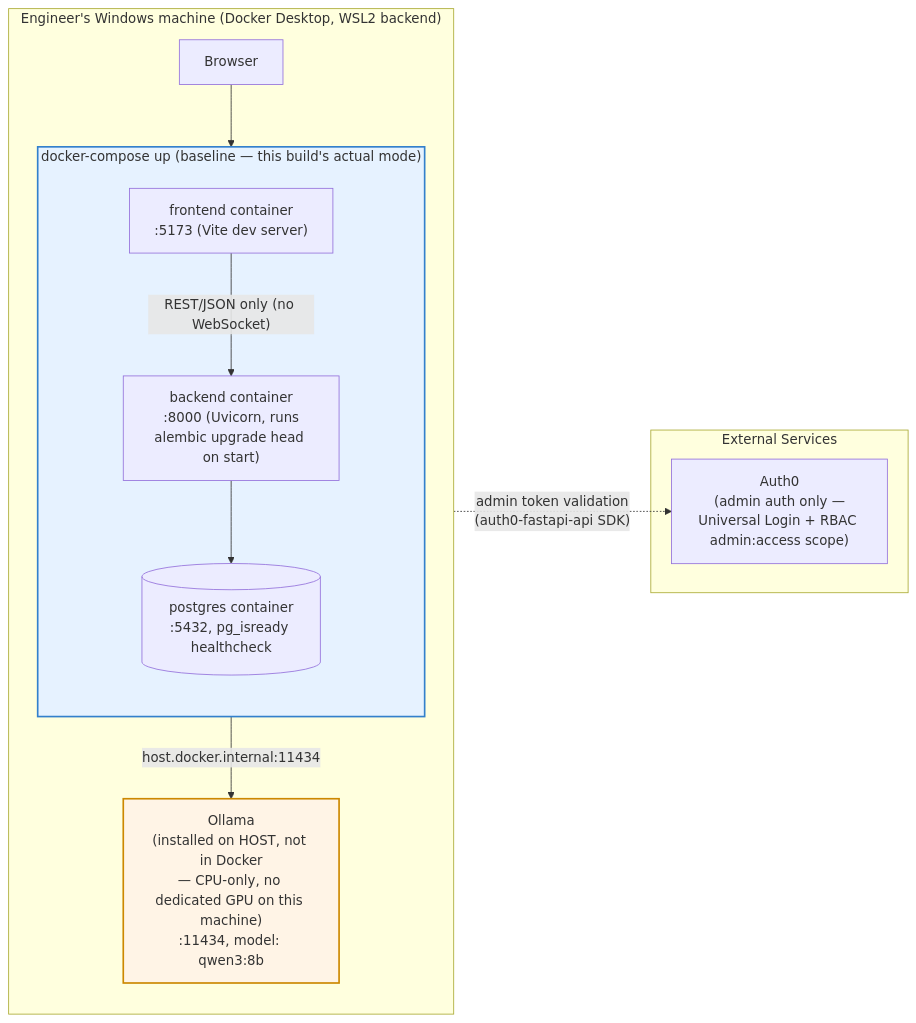
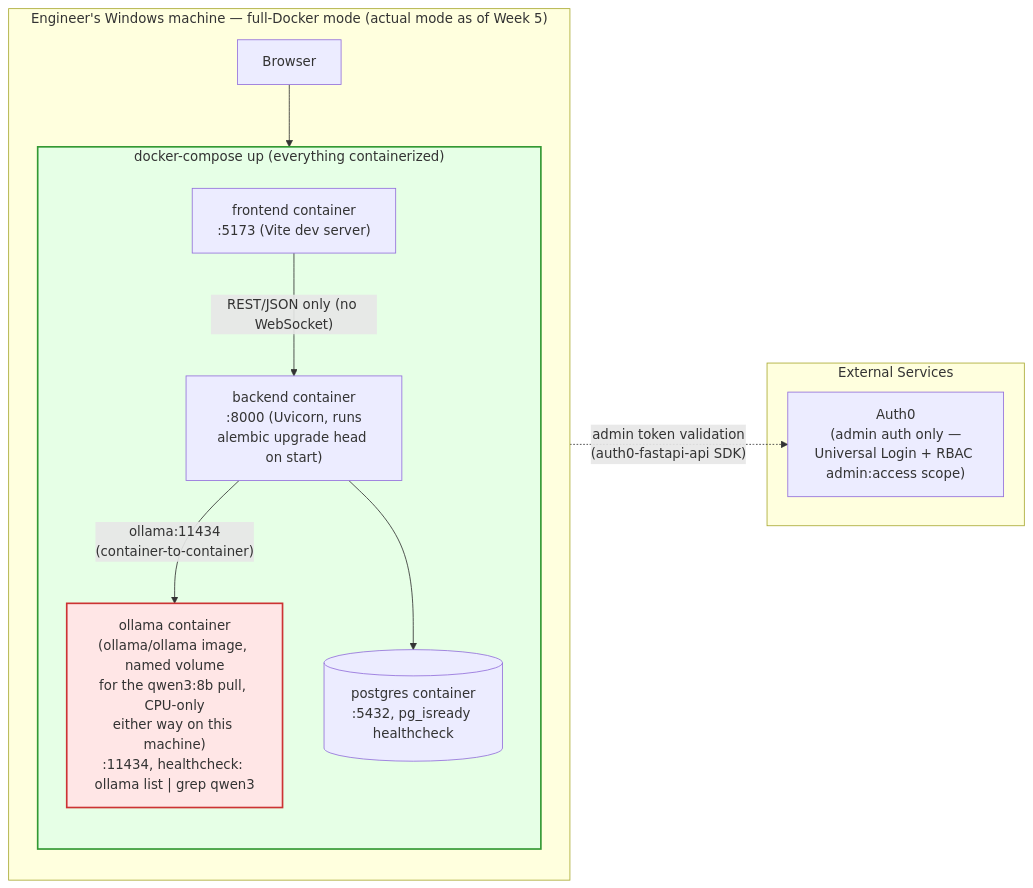
One commit to ZemaKing/secure-ship-ai changed the first of 2 diagrams in docs/diagrams/6.5-deployment-topology.md. Above: the diagram before and after it, drawn with Mermaid. The commit also changed 8 other files, not shown here.

First line of the commit message:
Containerize Ollama as a Compose service, close out Week 5 stretch goals

````diff
--- a/docs/diagrams/6.5-deployment-topology.md
+++ b/docs/diagrams/6.5-deployment-topology.md
@@ -5,29 +5,27 @@
 ```mermaid
 flowchart LR
-    subgraph DevMachine["Engineer's Windows machine (Docker Desktop, WSL2 backend)"]
+    subgraph DevMachine["Engineer's Windows machine — full-Docker mode (actual mode as of Week 5)"]
         direction TB
-
-        subgraph Compose["docker-compose up (baseline — this build's actual mode)"]
+        subgraph Compose["docker-compose up (everything containerized)"]
             direction TB
-            ReactC["frontend container<br/>:5173 (Vite dev server)"]
-            PyC["backend container<br/>:8000 (Uvicorn, runs<br/>alembic upgrade head on start)"]
-            PgC[("postgres container<br/>:5432, pg_isready healthcheck")]
+            ReactC2["frontend container<br/>:5173 (Vite dev server)"]
+            PyC2["backend container<br/>:8000 (Uvicorn, runs<br/>alembic upgrade head on start)"]
+            PgC2[("postgres container<br/>:5432, pg_isready healthcheck")]
+            OllamaC["ollama container<br/>(ollama/ollama image, named volume<br/>for the qwen3:8b pull, CPU-only<br/>either way on this machine)<br/>:11434, healthcheck: ollama list | grep qwen3"]
         end
-
-        Browser[Browser]
-        OllamaHost["Ollama<br/>(installed on HOST, not in Docker<br/>— CPU-only, no dedicated GPU on this machine)<br/>:11434, model: qwen3:8b"]
+        Browser2[Browser]
     end
 
     subgraph Cloud["External Services"]
         AuthProvider["Auth0<br/>(admin auth only —<br/>Universal Login + RBAC admin:access scope)"]
     end
 
-    Browser --> ReactC
-    ReactC -->|"REST/JSON only (no WebSocket)"| PyC
-    PyC -->|"host.docker.internal:11434"| OllamaHost
-    PyC --> PgC
-    PyC -.->|"admin token validation<br/>(auth0-fastapi-api SDK)"| AuthProvider
+    Browser2 --> ReactC2
+    ReactC2 -->|"REST/JSON only (no WebSocket)"| PyC2
+    PyC2 -->|"ollama:11434<br/>(container-to-container)"| OllamaC
+    PyC2 --> PgC2
+    PyC2 -.->|"admin token validation<br/>(auth0-fastapi-api SDK)"| AuthProvider
 
-    style Compose fill:#e6f2ff,stroke:#3380cc,stroke-width:2px
-    style OllamaHost fill:#fff4e6,stroke:#cc8800,stroke-width:2px
+    style Compose fill:#e6ffe6,stroke:#339933,stroke-width:2px
+    style OllamaC fill:#ffe6e6,stroke:#cc3333,stroke-width:2px
 ```
````
